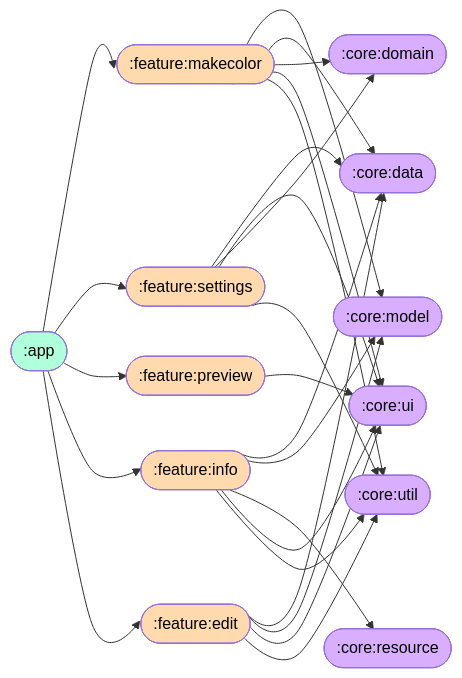
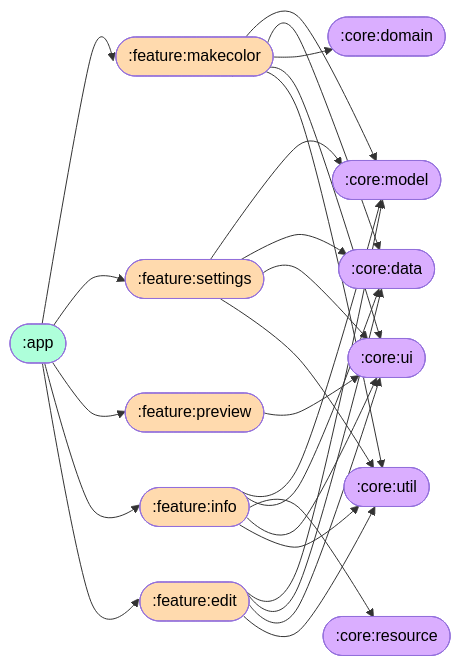
One commit to kosenda/MultiColorPicker changed the diagram in README.md. Above: the diagram before and after it, drawn with Mermaid.

Commit message:
docs: repair mermaid
[skip ci]

````diff
--- a/README.md
+++ b/README.md
@@ -50,38 +50,38 @@
 ```mermaid
 flowchart LR
 %%{init: {'flowchart' : {'curve' : 'cardinal'}}}%%
 
   classDef appModule fill:#AEFFDA,color:#000
   classDef featureModule fill:#FFDAAE,color:#000
   classDef coreModule fill:#DAAEFF,color:#000
   
   A1([:app]):::appModule --> B1([:feature:makecolor]):::featureModule
   A1 --> B2([:feature:settings]):::featureModule
   A1 --> B3([:feature:preview]):::featureModule
   A1 --> B4([:feature:info]):::featureModule
   A1 --> B5([:feature:edit]):::featureModule
   
   B1 --> C1([:core:model]):::coreModule 
   B1 --> C2([:core:data]):::coreModule
   B1 --> C5([:core:domain]):::coreModule
   B1 --> C7([:core:ui]):::coreModule
   B1 --> C8([:core:util]):::coreModule
   
+  B2 --> C1
   B2 --> C2
-  B2 --> C5
   B2 --> C7
   B2 --> C8
   
   B3 --> C7
   
+  B4 --> C1
   B4 --> C2
-  B4 --> C1
   B4 --> C6([:core:resource]):::coreModule
   B4 --> C7
   B4 --> C8
   
+  B5 --> C1
   B5 --> C2
-  B5 --> C1
   B5 --> C7
   B5 --> C8
 ```
````
